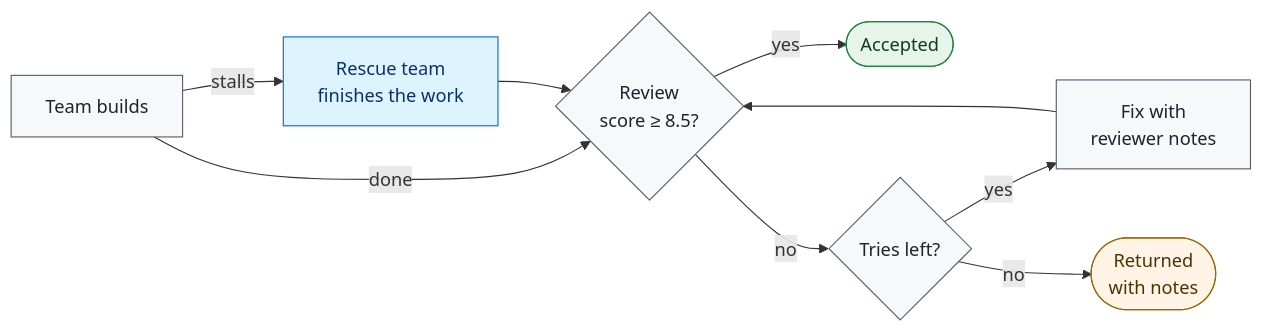
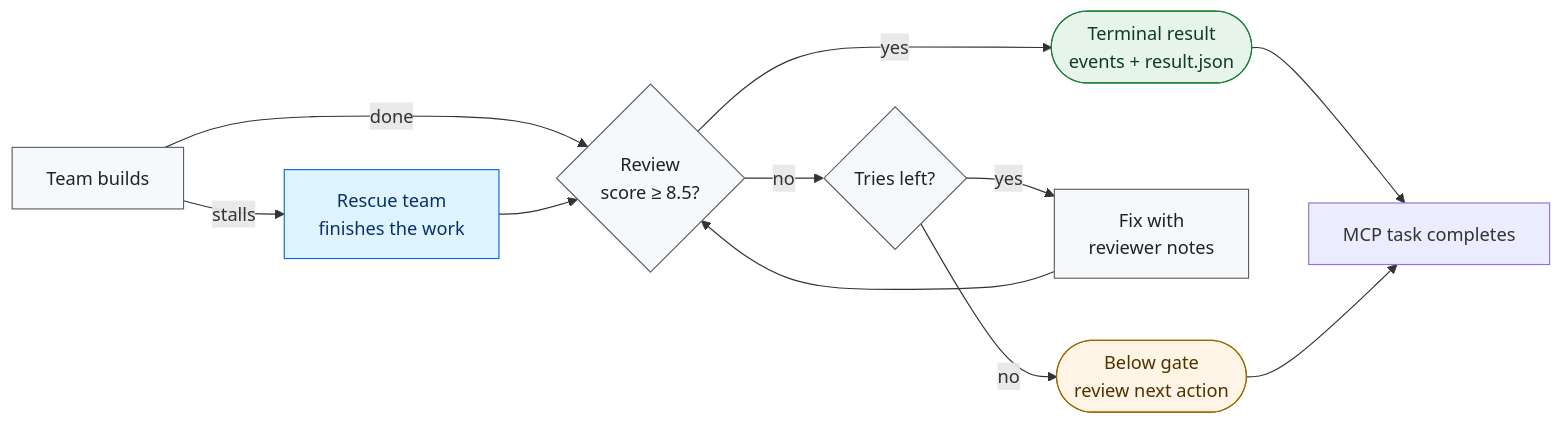
The second of 2 diagrams in README.md (StanyMwamba/crewforeman-mcp), drawn with Mermaid before and after one commit. The commit also changed other lines of this file and 27 other files, not shown here.

````diff
--- a/README.md
+++ b/README.md
@@ -19,20 +16,22 @@
 ```mermaid
 flowchart LR
     A[Team builds] -- done --> R{Review<br/>score ≥ 8.5?}
     A -- stalls --> X[Rescue team<br/>finishes the work]
     X --> R
-    R -- yes --> OK([Accepted])
+    R -- yes --> OK([Terminal result<br/>events + result.json])
     R -- no --> T{Tries left?}
     T -- yes --> F[Fix with<br/>reviewer notes]
     F --> R
-    T -- no --> N([Returned<br/>with notes])
+    T -- no --> N([Below gate<br/>review next action])
+    OK --> Z[MCP task completes]
+    N --> Z
 
     classDef good fill:#e6f4ea,stroke:#1a7f37,color:#0f3d1e;
     classDef warn fill:#fff4e5,stroke:#9a6700,color:#4d3300;
     classDef step fill:#f6f8fa,stroke:#57606a,color:#1f2328;
     classDef rescue fill:#ddf4ff,stroke:#0969da,color:#0a3069;
     class OK good;
     class N warn;
     class A,R,T,F step;
     class X rescue;
 ```
````
